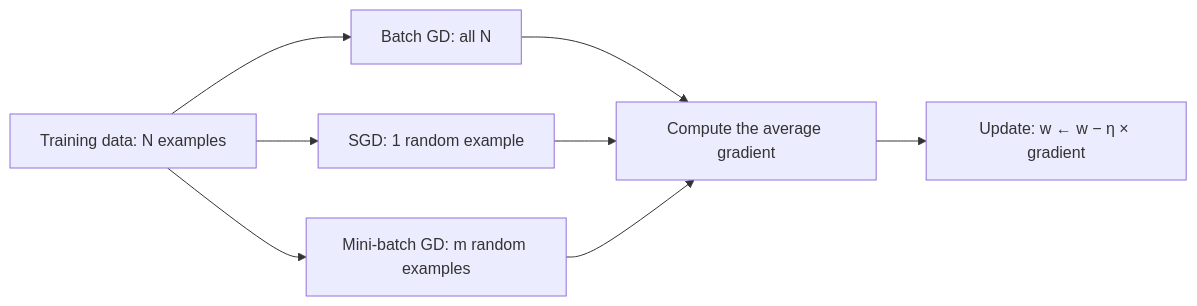
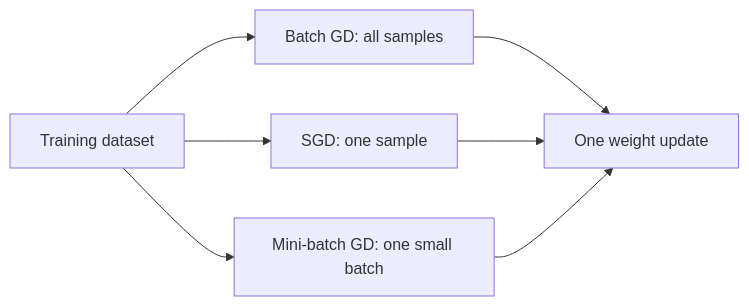
Before and after one commit to TrendySloth1001/sem-seven-notes: the third of 4 diagrams in content/deep-learning/notes/gradient-descent.mdx, drawn with Mermaid. The commit also changed other lines of this file and 254 other files, not shown here.

Commit message:
Rewrite the backpropagation, gradient descent, regularization and autoencoder notes and their 29 answers from the teachers' class files. They use 185 teacher figures with class-notes citations only, and correct the AdaGrad, RMSProp, Nesterov and batch-norm numbers on the slides.

````diff
--- a/content/deep-learning/notes/gradient-descent.mdx
+++ b/content/deep-learning/notes/gradient-descent.mdx
@@ -318,11 +330,10 @@
 ```mermaid
-%% caption: The three types differ only in how many examples feed each gradient. Everything after "compute the gradient" is the same.
+%% caption: The three types of gradient descent differ only in how many samples are used before one weight update.
 flowchart LR
-  D["Training data: N examples"] --> B["Batch GD: all N"]
-  D --> S["SGD: 1 random example"]
-  D --> M["Mini-batch GD: m random examples"]
-  B --> G["Compute the average gradient"]
-  S --> G
-  M --> G
-  G --> U["Update: w ← w − η × gradient"]
+  D["Training dataset"] --> A["Batch GD: all samples"]
+  D --> B["SGD: one sample"]
+  D --> C["Mini-batch GD: one small batch"]
+  A --> U["One weight update"]
+  B --> U
+  C --> U
 ```
````
